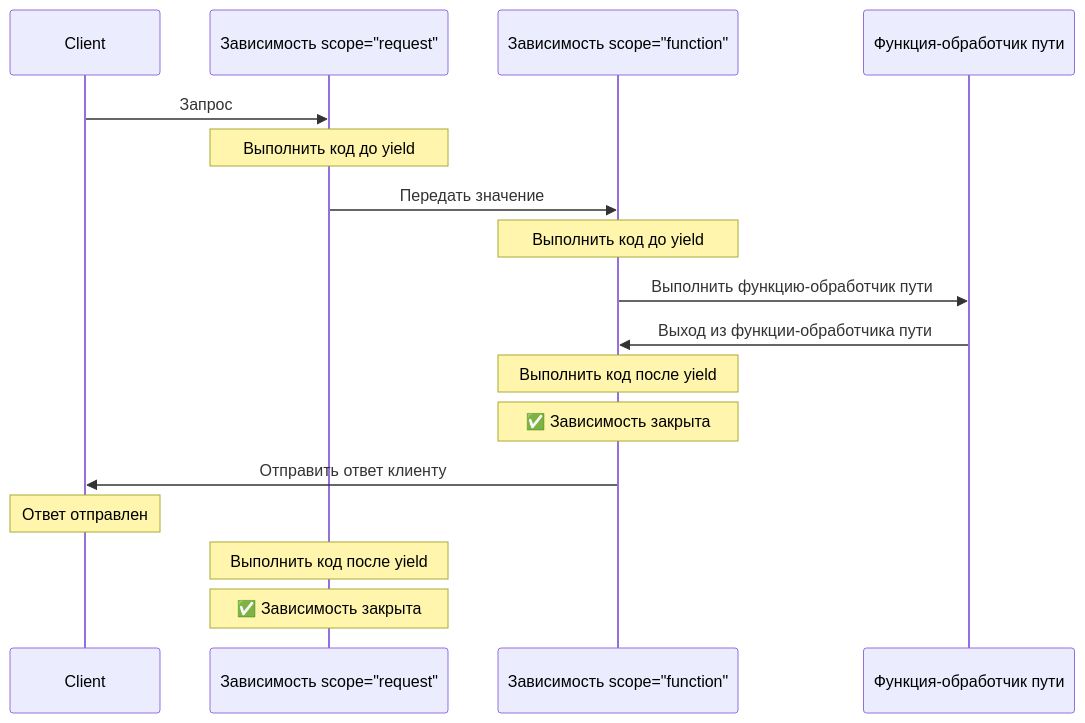
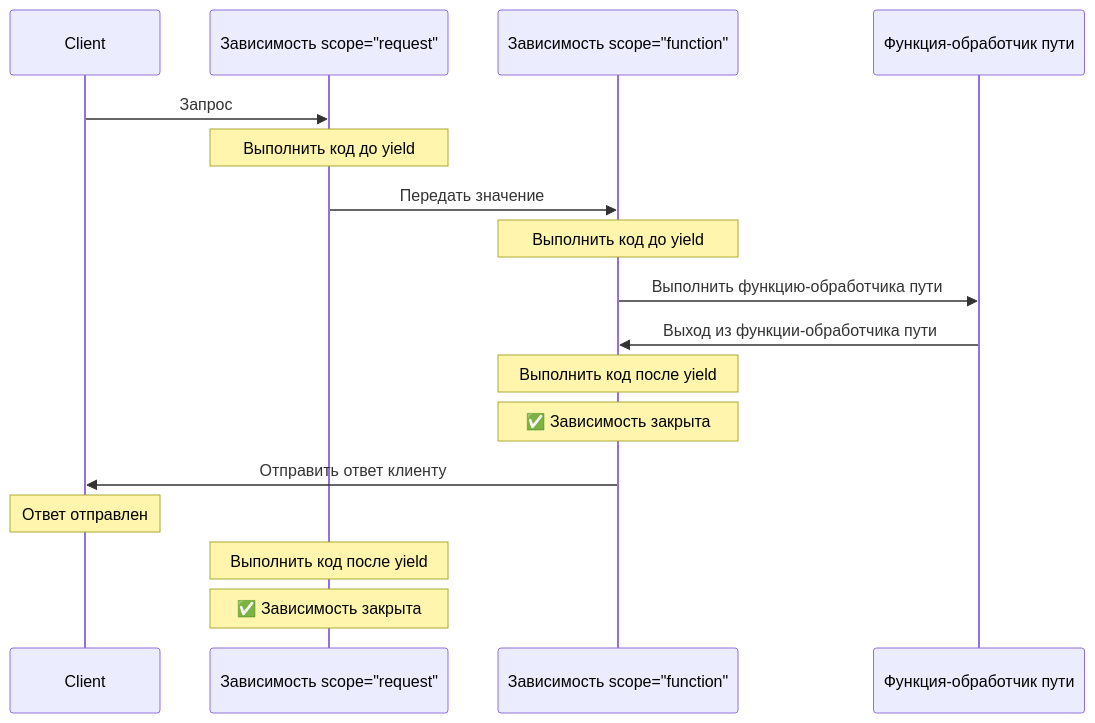
One commit to tsbaby1326/fastapi changed the second of 2 diagrams in docs/ru/docs/tutorial/dependencies/dependencies-with-yield.md. Above: the diagram before and after it, drawn with Mermaid. The commit also changed other lines of this file and 53 other files, not shown here.

````diff
--- a/docs/ru/docs/tutorial/dependencies/dependencies-with-yield.md
+++ b/docs/ru/docs/tutorial/dependencies/dependencies-with-yield.md
@@ -210,21 +210,21 @@
 ```mermaid
 sequenceDiagram
 
 participant client as Client
 participant dep_req as Зависимость scope="request"
 participant dep_func as Зависимость scope="function"
 participant operation as Функция-обработчик пути
 
     client ->> dep_req: Запрос
     Note over dep_req: Выполнить код до yield
     dep_req ->> dep_func: Передать значение
     Note over dep_func: Выполнить код до yield
-    dep_func ->> operation: Выполнить функцию-обработчик пути
+    dep_func ->> operation: Выполнить функцию-обработчика пути
     operation ->> dep_func: Выход из функции-обработчика пути
     Note over dep_func: Выполнить код после yield
     Note over dep_func: ✅ Зависимость закрыта
     dep_func ->> client: Отправить ответ клиенту
     Note over client: Ответ отправлен
     Note over dep_req: Выполнить код после yield
     Note over dep_req: ✅ Зависимость закрыта
 ```
````
